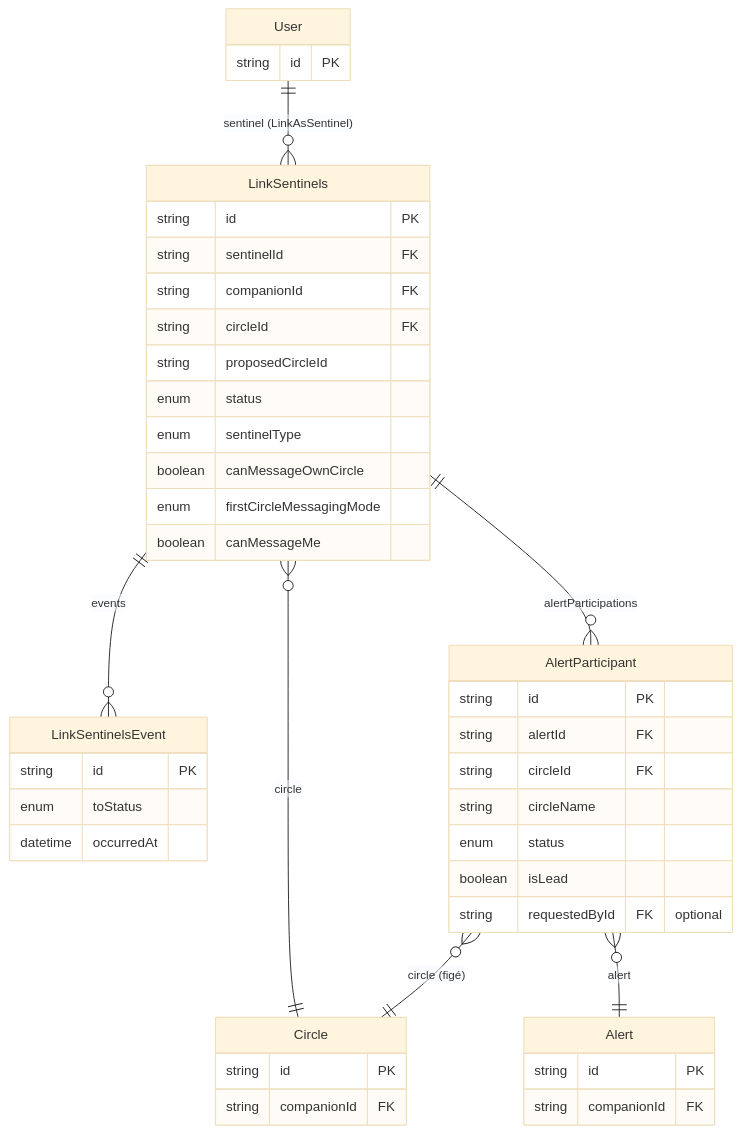
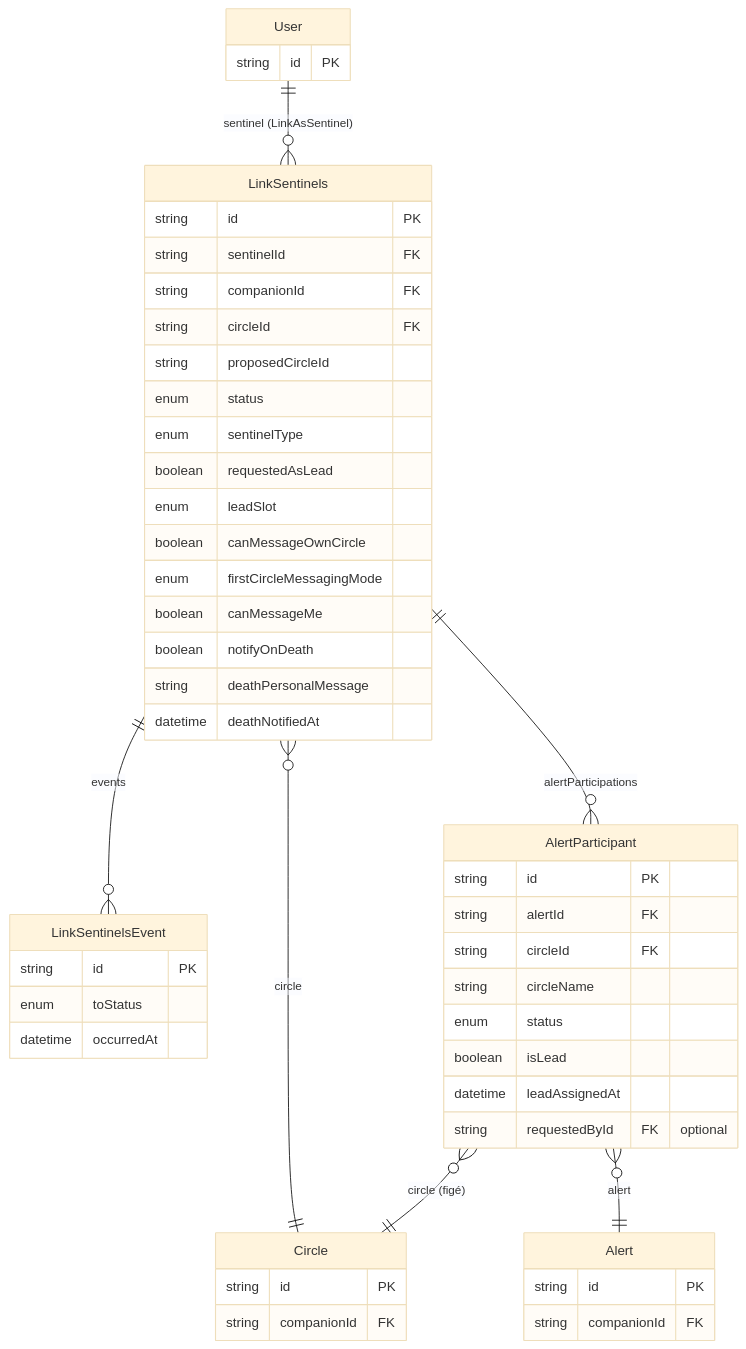
The second of 5 diagrams in backend/prisma/DB_schema.md (Sylvfo/MySentinelCircle), drawn with Mermaid (base theme) before and after one commit. The commit also changed other lines of this file and 16 other files, not shown here.

````diff
--- a/backend/prisma/DB_schema.md
+++ b/backend/prisma/DB_schema.md
@@ -150,47 +176,53 @@
 ```mermaid
 erDiagram
   User              ||--o{ LinkSentinels      : "sentinel (LinkAsSentinel)"
   LinkSentinels     }o--||  Circle            : "circle"
   LinkSentinels     ||--o{ LinkSentinelsEvent : "events"
   LinkSentinels     ||--o{ AlertParticipant   : "alertParticipations"
   AlertParticipant  }o--||  Alert             : "alert"
   AlertParticipant  }o--||  Circle            : "circle (figé)"
 
   User {
     string id PK
   }
   LinkSentinels {
     string id PK
     string sentinelId FK
     string companionId FK
     string circleId FK
     string proposedCircleId
     enum   status
     enum   sentinelType
+    boolean requestedAsLead
+    enum   leadSlot
     boolean canMessageOwnCircle
     enum   firstCircleMessagingMode
     boolean canMessageMe
+    boolean notifyOnDeath
+    string deathPersonalMessage
+    datetime deathNotifiedAt
   }
   Circle {
     string id PK
     string companionId FK
   }
   LinkSentinelsEvent {
     string id PK
     enum   toStatus
     datetime occurredAt
   }
   AlertParticipant {
     string id PK
     string alertId FK
     string circleId FK
     string circleName
     enum   status
     boolean isLead
+    datetime leadAssignedAt
     string requestedById FK "optional"
   }
   Alert {
     string id PK
     string companionId FK
   }
 ```
````
